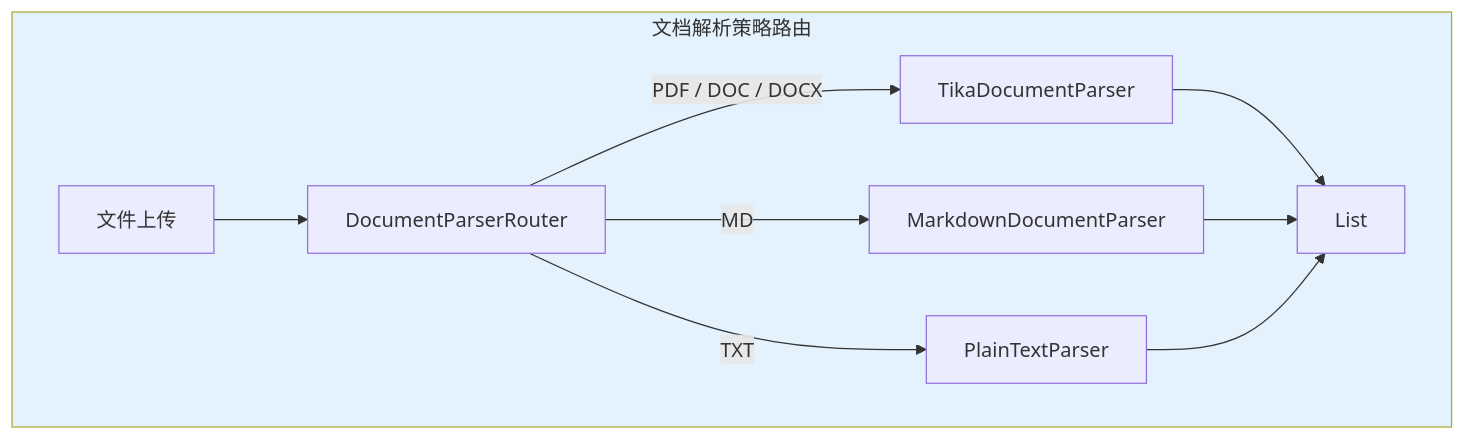
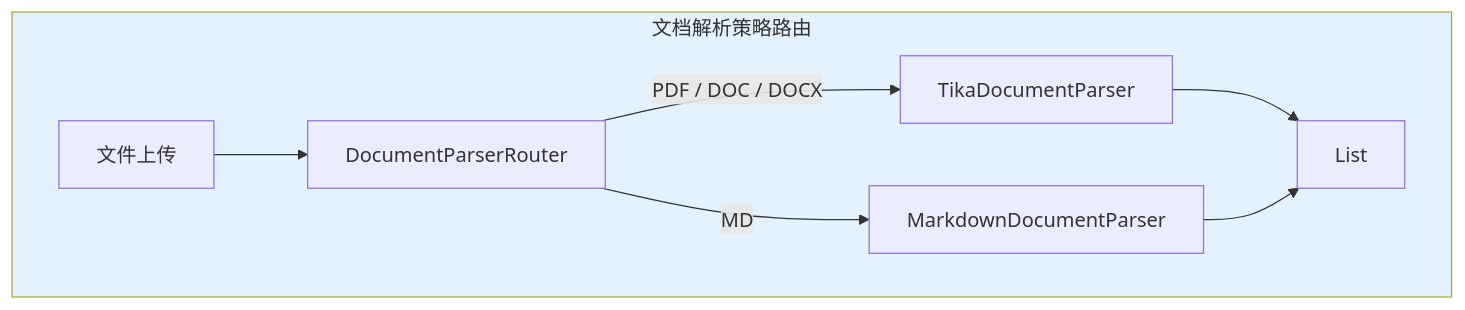
One commit to UranusGit/java-agent-learn changed the third of 9 diagrams in docs/项目/01-智能文档助手/02-迭代一-文档解析与向量化.md. Above: the diagram before and after it, drawn with Mermaid. The commit also changed other lines of this file and 206 other files, not shown here.

````diff
--- a/docs/项目/01-智能文档助手/02-迭代一-文档解析与向量化.md
+++ b/docs/项目/01-智能文档助手/02-迭代一-文档解析与向量化.md
@@ -218,19 +246,17 @@
 ```mermaid
 graph TB
     subgraph 解析路由["文档解析策略路由"]
         UPLOAD["文件上传"]
         ROUTER["DocumentParserRouter"]
 
         UPLOAD --> ROUTER
 
         ROUTER -->|"PDF / DOC / DOCX"| TIKA["TikaDocumentParser"]
         ROUTER -->|"MD"| MD["MarkdownDocumentParser"]
-        ROUTER -->|"TXT"| TXT["PlainTextParser"]
 
         TIKA --> OUT["List<Document>"]
         MD --> OUT
-        TXT --> OUT
     end
 
     style 解析路由 fill:#e3f2fd
 ```
````
